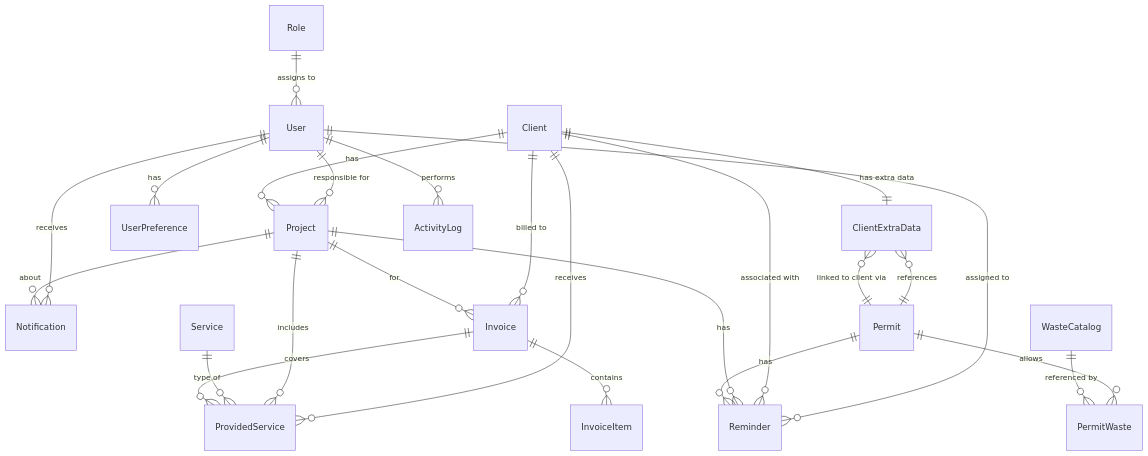
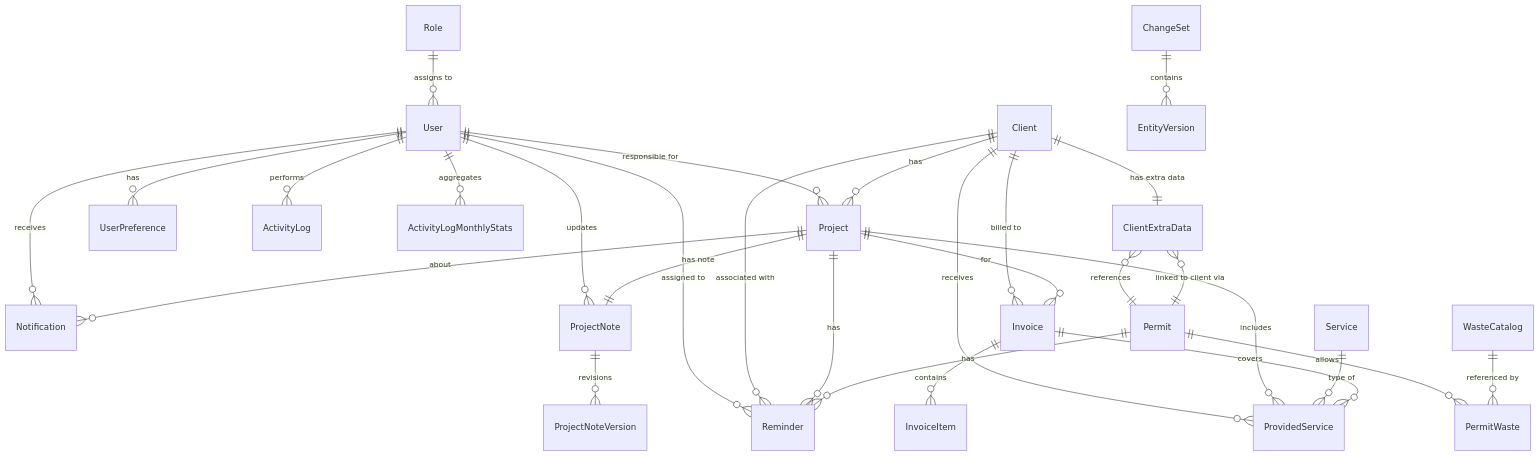
One commit to zigikralj/EGG_admin_server changed the diagram in docs/ARCHITECTURE.md. Above: the diagram before and after it, drawn with Mermaid. The commit also changed other lines of this file and 5 other files, not shown here.

````diff
--- a/docs/ARCHITECTURE.md
+++ b/docs/ARCHITECTURE.md
@@ -282,34 +291,40 @@
 ```mermaid
 erDiagram
     Role ||--o{ User : "assigns to"
     User ||--o{ Project : "responsible for"
     User ||--o{ UserPreference : has
     User ||--o{ Notification : receives
     User ||--o{ Reminder : "assigned to"
+    User ||--o{ ActivityLog : "performs"
+    User ||--o{ ActivityLogMonthlyStats : "aggregates"
+    User ||--o{ ProjectNote : "updates"
+
+    Project ||--|| ProjectNote : "has note"
+    ProjectNote ||--o{ ProjectNoteVersion : "revisions"
 
     Client ||--o{ Project : has
     Client ||--o{ Reminder : "associated with"
     Client ||--o{ Invoice : "billed to"
     Client ||--o{ ProvidedService : "receives"
     Client ||--|| ClientExtraData : "has extra data"
 
     Project ||--o{ Reminder : "has"
     Project ||--o{ Notification : "about"
     Project ||--o{ Invoice : "for"
     Project ||--o{ ProvidedService : "includes"
 
     Service ||--o{ ProvidedService : "type of"
 
     Invoice ||--o{ InvoiceItem : "contains"
     Invoice ||--o{ ProvidedService : "covers"
 
     Permit ||--o{ Reminder : "has"
     Permit ||--o{ ClientExtraData : "linked to client via"
     Permit ||--o{ PermitWaste : "allows"
 
     WasteCatalog ||--o{ PermitWaste : "referenced by"
 
     ClientExtraData }o--|| Permit : "references"
-    
-    User ||--o{ ActivityLog : "performs"
+
+    ChangeSet ||--o{ EntityVersion : "contains"
 ```
````
